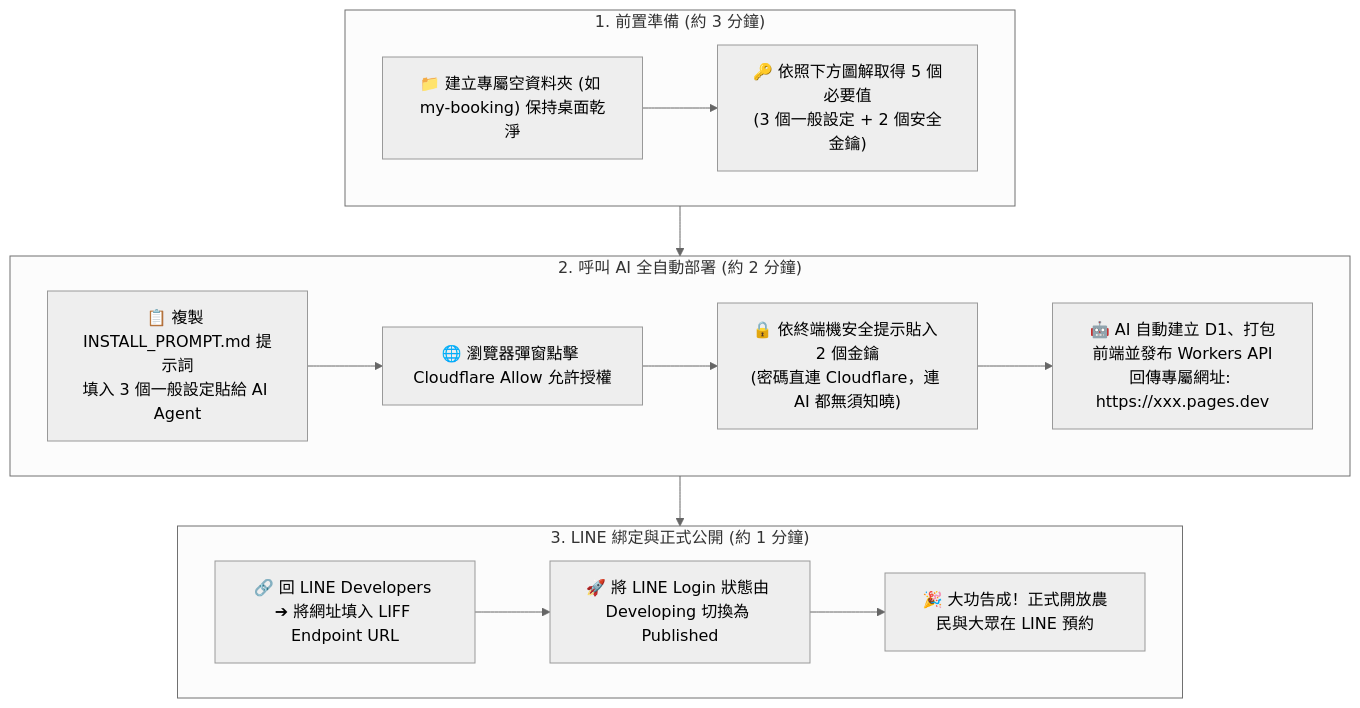
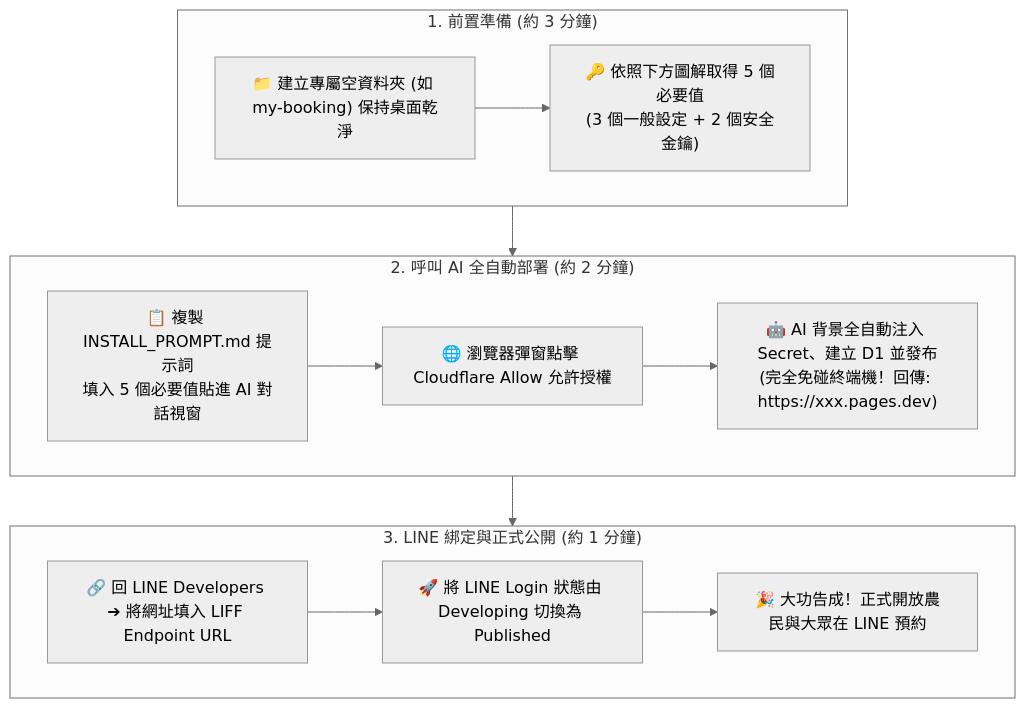
One commit to chingfonlee/open-booking-line changed the diagram in BEGINNER_GUIDE.md. Above: the diagram before and after it, drawn with Mermaid (neutral theme). The commit also changed other lines of this file and 4 other files, not shown here.

Commit message:
docs: streamline beginner flow to Option A chat-only input with zero terminal operation

````diff
--- a/BEGINNER_GUIDE.md
+++ b/BEGINNER_GUIDE.md
@@ -33,25 +33,24 @@
 ```mermaid
 flowchart TD
     subgraph S1["1. 前置準備 (約 3 分鐘)"]
         A["📁 建立專屬空資料夾 (如 my-booking) 保持桌面乾淨"]
         B["🔑 依照下方圖解取得 5 個必要值<br/>(3 個一般設定 + 2 個安全金鑰)"]
         A --> B
     end
 
     subgraph S2["2. 呼叫 AI 全自動部署 (約 2 分鐘)"]
-        C["📋 複製 INSTALL_PROMPT.md 提示詞<br/>填入 3 個一般設定貼給 AI Agent"]
+        C["📋 複製 INSTALL_PROMPT.md 提示詞<br/>填入 5 個必要值貼進 AI 對話視窗"]
         D["🌐 瀏覽器彈窗點擊 Cloudflare Allow 允許授權"]
-        E["🔒 依終端機安全提示貼入 2 個金鑰<br/>(密碼直連 Cloudflare，連 AI 都無須知曉)"]
-        F["🤖 AI 自動建立 D1、打包前端並發布 Workers API<br/>回傳專屬網址: https://xxx.pages.dev"]
-        C --> D --> E --> F
+        E["🤖 AI 背景全自動注入 Secret、建立 D1 並發布<br/>(完全免碰終端機！回傳: https://xxx.pages.dev)"]
+        C --> D --> E
     end
 
     subgraph S3["3. LINE 綁定與正式公開 (約 1 分鐘)"]
         G["🔗 回 LINE Developers ➔ 將網址填入 LIFF Endpoint URL"]
         H["🚀 將 LINE Login 狀態由 Developing 切換為 Published"]
         I["🎉 大功告成！正式開放農民與大眾在 LINE 預約"]
         G --> H --> I
     end
 
     S1 --> S2 --> S3
 ```
````
